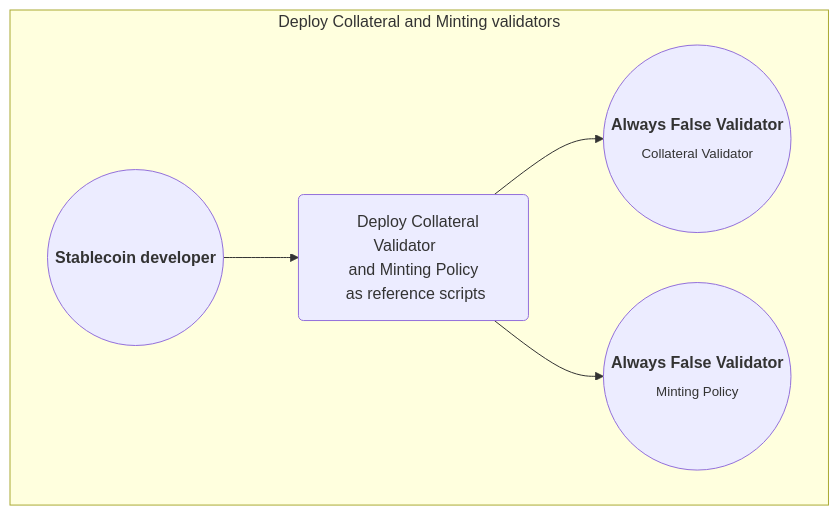
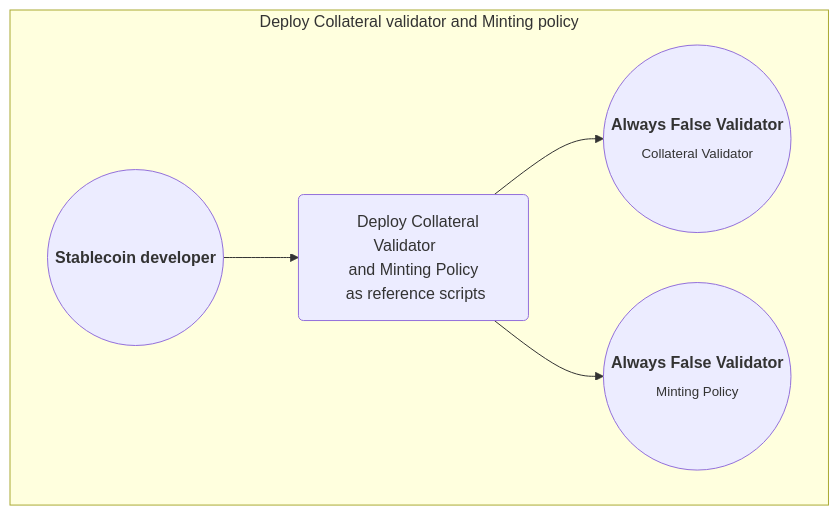
One commit to input-output-hk/plutus-pioneer-program changed the second of 7 diagrams in code/Week09/README.md. Above: the diagram before and after it, drawn with Mermaid. The commit also changed other lines of this file, not shown here.

````diff
--- a/code/Week09/README.md
+++ b/code/Week09/README.md
@@ -40,9 +40,9 @@
 ```mermaid
 flowchart LR
-    subgraph Deploy [Deploy Collateral and Minting validators]
+    subgraph Deploy [Deploy Collateral validator and Minting policy]
     direction LR
     A1((<b>Stablecoin developer</b>)) --> A7(&#8199 Deploy Collateral Validator &#8199 <br> and Minting Policy <br> as reference scripts)
     A7 --> A8((<b>Always False Validator</b> <br> <sub>Collateral Validator</sub>))
     A7 --> A9((<b>Always False Validator</b> <br> <sub>Minting Policy</sub>))
     end
 ```
````
